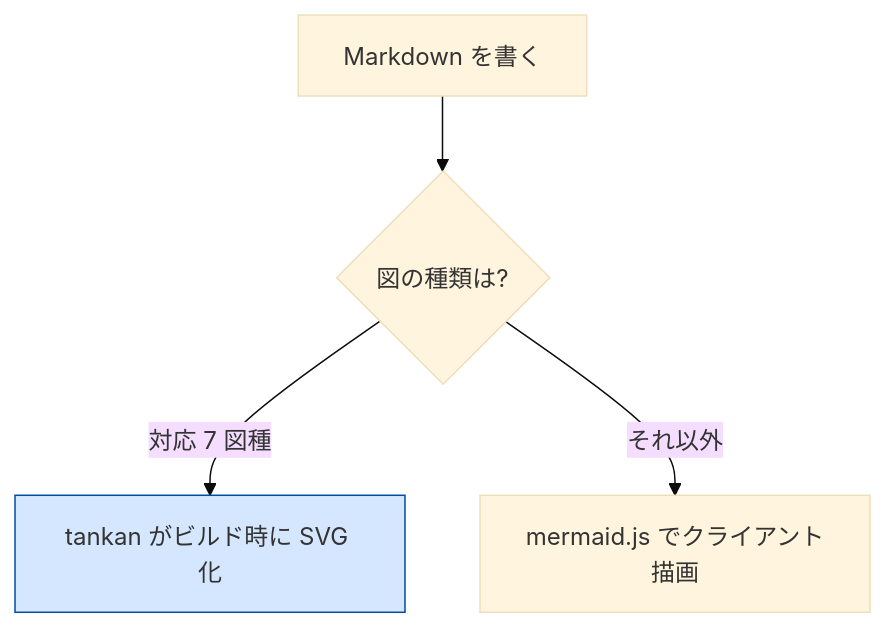
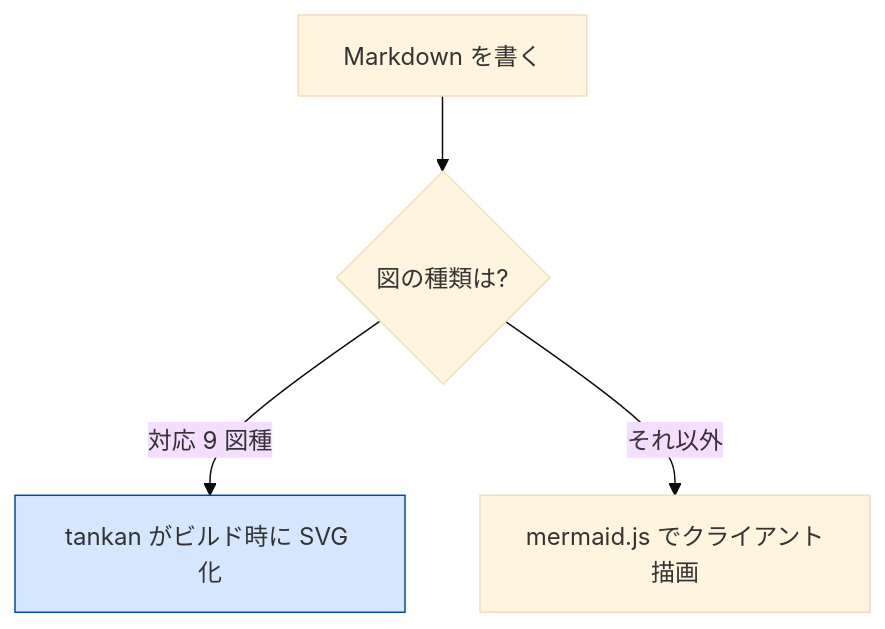
One commit to ai-implementer/yuzu changed the first of 8 diagrams in crates/yuzu-cli/scaffold/getting-started.md. Above: the diagram before and after it, drawn with Mermaid (base theme). The commit also changed other lines of this file and 1 other file, not shown here.

First line of the commit message:
scaffold: mindmap / timeline の例と 9 図種表記を追加

````diff
--- a/crates/yuzu-cli/scaffold/getting-started.md
+++ b/crates/yuzu-cli/scaffold/getting-started.md
@@ -135,7 +135,7 @@
 ```mermaid
 flowchart TD
     A[Markdown を書く] --> B{図の種類は?}
-    B -->|対応 7 図種| C[tankan がビルド時に SVG 化]:::ssr
+    B -->|対応 9 図種| C[tankan がビルド時に SVG 化]:::ssr
     B -->|それ以外| D[mermaid.js でクライアント描画]
     classDef ssr fill:#d5e7fe,stroke:#014ba5
 ```
````
